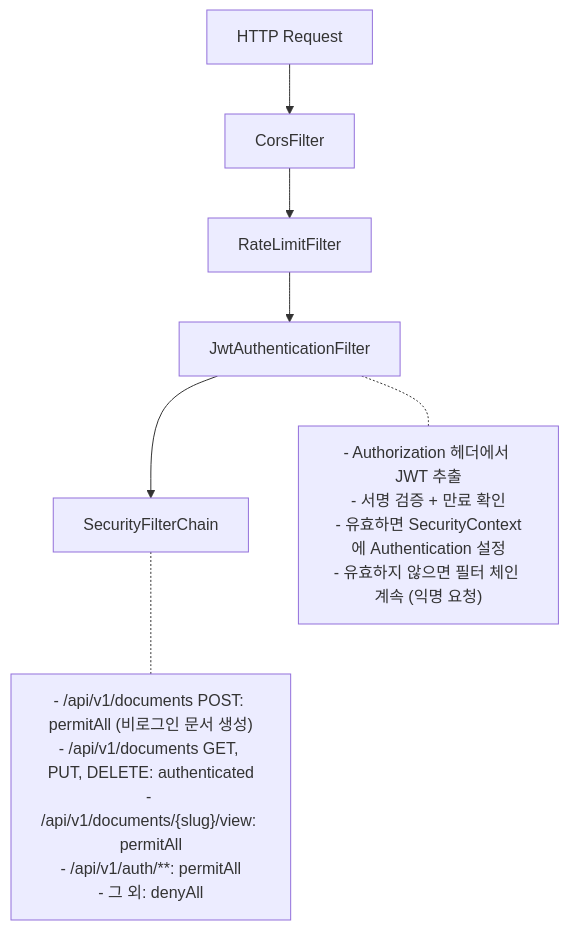
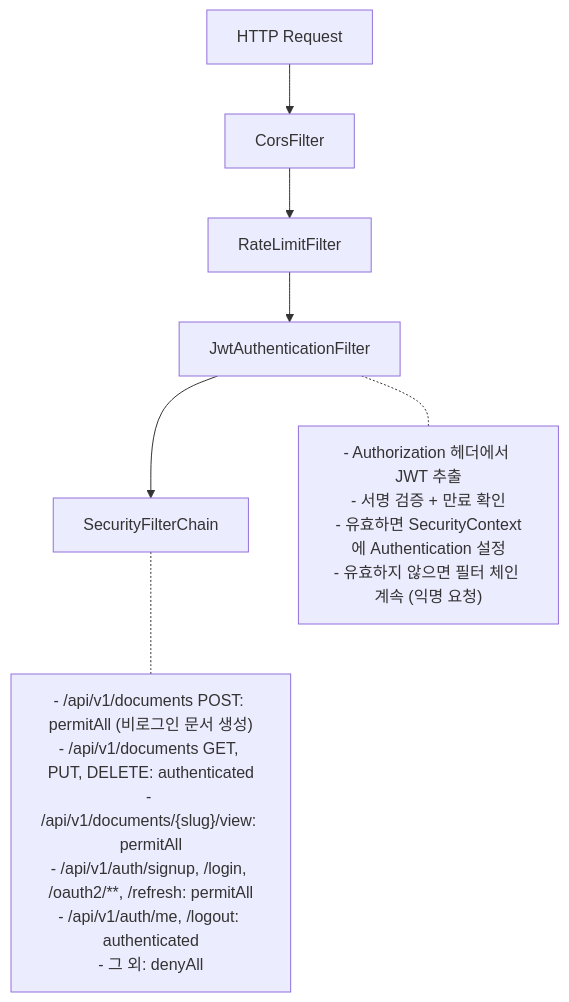
Before and after one commit to Bamdule/drafturl: the third of 3 diagrams in docs/design/backend/auth.md, drawn with Mermaid. The commit also changed other lines of this file and 51 other files, not shown here.

````diff
--- a/docs/design/backend/auth.md
+++ b/docs/design/backend/auth.md
@@ -139,12 +174,12 @@
 ```mermaid
 flowchart TD
     REQ["HTTP Request"]
     REQ --> CORS["CorsFilter"]
     CORS --> RATE["RateLimitFilter"]
     RATE --> JWT["JwtAuthenticationFilter"]
     JWT --> SEC["SecurityFilterChain"]
 
     JWT -.- JWT_DESC["- Authorization 헤더에서 JWT 추출\n- 서명 검증 + 만료 확인\n- 유효하면 SecurityContext에 Authentication 설정\n- 유효하지 않으면 필터 체인 계속 (익명 요청)"]
 
-    SEC -.- SEC_DESC["- /api/v1/documents POST: permitAll (비로그인 문서 생성)\n- /api/v1/documents GET, PUT, DELETE: authenticated\n- /api/v1/documents/{slug}/view: permitAll\n- /api/v1/auth/**: permitAll\n- 그 외: denyAll"]
+    SEC -.- SEC_DESC["- /api/v1/documents POST: permitAll (비로그인 문서 생성)\n- /api/v1/documents GET, PUT, DELETE: authenticated\n- /api/v1/documents/{slug}/view: permitAll\n- /api/v1/auth/signup, /login, /oauth2/**, /refresh: permitAll\n- /api/v1/auth/me, /logout: authenticated\n- 그 외: denyAll"]
 ```
````
